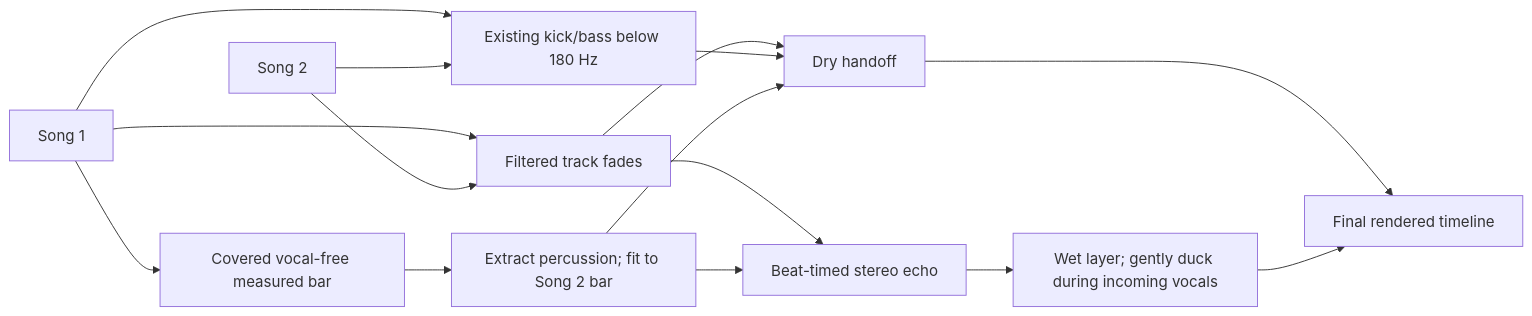
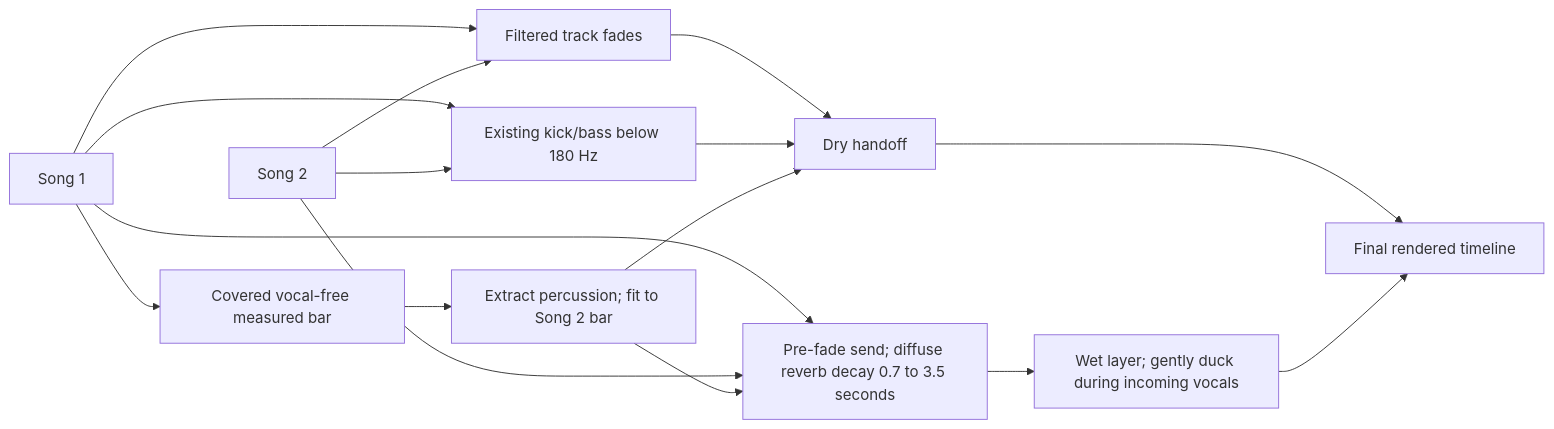
The fifth of 5 diagrams in README.md (rishabh1057d/automix-lab), drawn with Mermaid before and after one commit. The commit also changed other lines of this file and 6 other files, not shown here.

Commit message:
Replace transition echo with gradually lengthening stereo reverb

````diff
--- a/README.md
+++ b/README.md
@@ -175,17 +177,18 @@
 ```mermaid
 flowchart LR
   A[Song 1] --> T[Filtered track fades]
   B[Song 2] --> T
   A --> LOW[Existing kick/bass below 180 Hz]
   B --> LOW
   A --> BAR[Covered vocal-free measured bar]
   BAR --> P[Extract percussion; fit to Song 2 bar]
   T --> MIX[Dry handoff]
   LOW --> MIX
   P --> MIX
-  T --> E[Beat-timed stereo echo]
+  A --> E[Pre-fade send; diffuse reverb decay 0.7 to 3.5 seconds]
+  B --> E
   P --> E
   E --> W[Wet layer; gently duck during incoming vocals]
   MIX --> OUT[Final rendered timeline]
   W --> OUT
 ```
````
